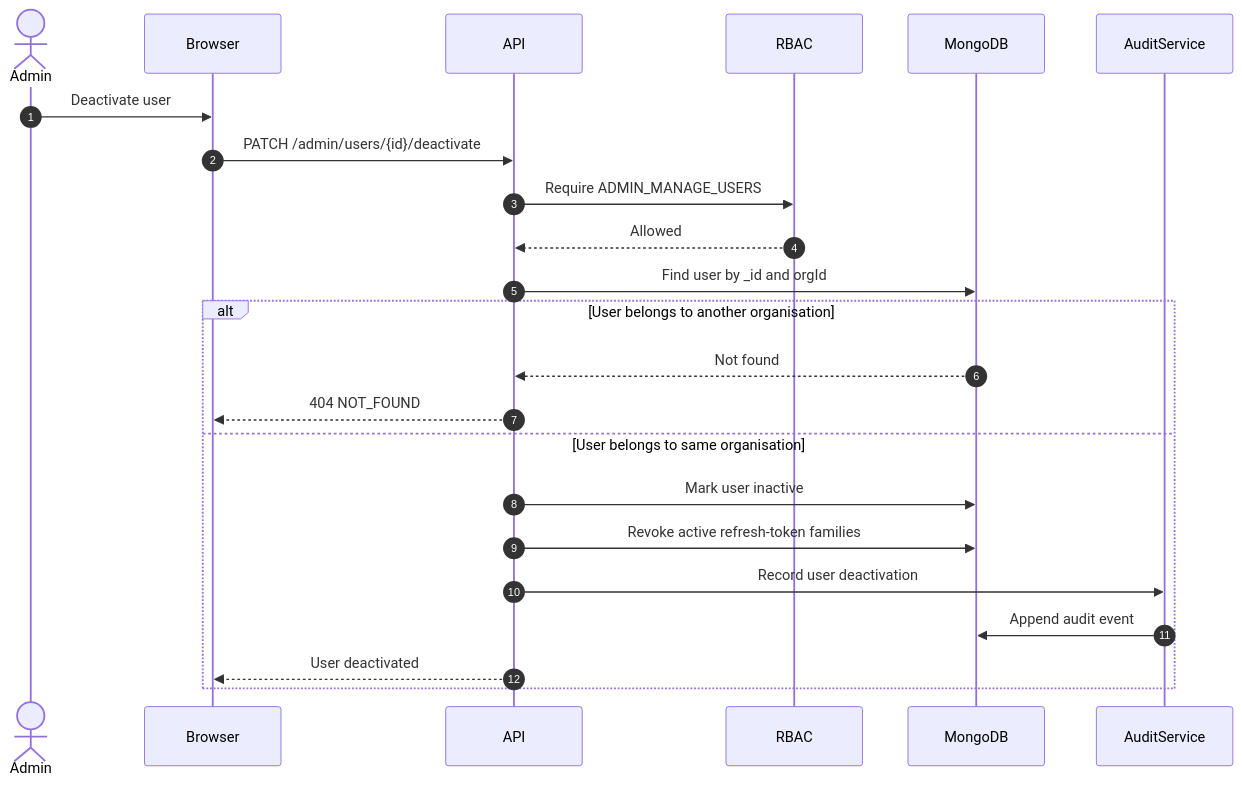
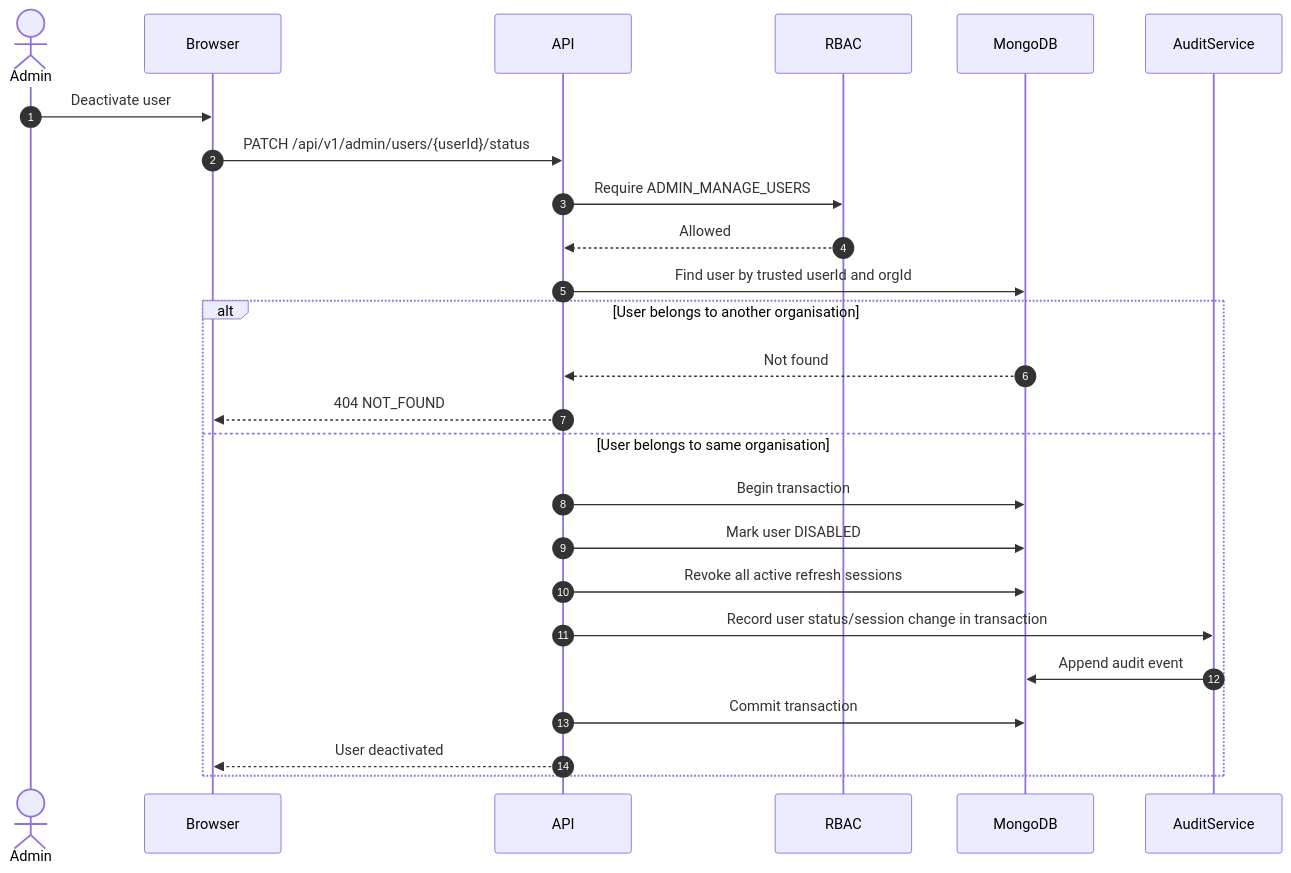
Diagram 25 of 37 in docs/12_SEQUENCE_DIAGRAMS.md (tarun5004/ProxyAi), drawn with Mermaid before and after one commit. The commit also changed other lines of this file and 13 other files, not shown here.

Commit message:
docs(phase9): resolve encryption audit and admin mutation contracts

````diff
--- a/docs/12_SEQUENCE_DIAGRAMS.md
+++ b/docs/12_SEQUENCE_DIAGRAMS.md
@@ -1071,27 +1075,29 @@
 ```mermaid
 sequenceDiagram
     autonumber
     actor Admin
     participant Browser
     participant API
     participant RBAC
     participant MongoDB
     participant AuditService
 
     Admin->>Browser: Deactivate user
-    Browser->>API: PATCH /admin/users/{id}/deactivate
+    Browser->>API: PATCH /api/v1/admin/users/{userId}/status
     API->>RBAC: Require ADMIN_MANAGE_USERS
     RBAC-->>API: Allowed
-    API->>MongoDB: Find user by _id and orgId
+    API->>MongoDB: Find user by trusted userId and orgId
 
     alt User belongs to another organisation
         MongoDB-->>API: Not found
         API-->>Browser: 404 NOT_FOUND
     else User belongs to same organisation
-        API->>MongoDB: Mark user inactive
-        API->>MongoDB: Revoke active refresh-token families
-        API->>AuditService: Record user deactivation
+        API->>MongoDB: Begin transaction
+        API->>MongoDB: Mark user DISABLED
+        API->>MongoDB: Revoke all active refresh sessions
+        API->>AuditService: Record user status/session change in transaction
         AuditService->>MongoDB: Append audit event
+        API->>MongoDB: Commit transaction
         API-->>Browser: User deactivated
     end
 ```
````
